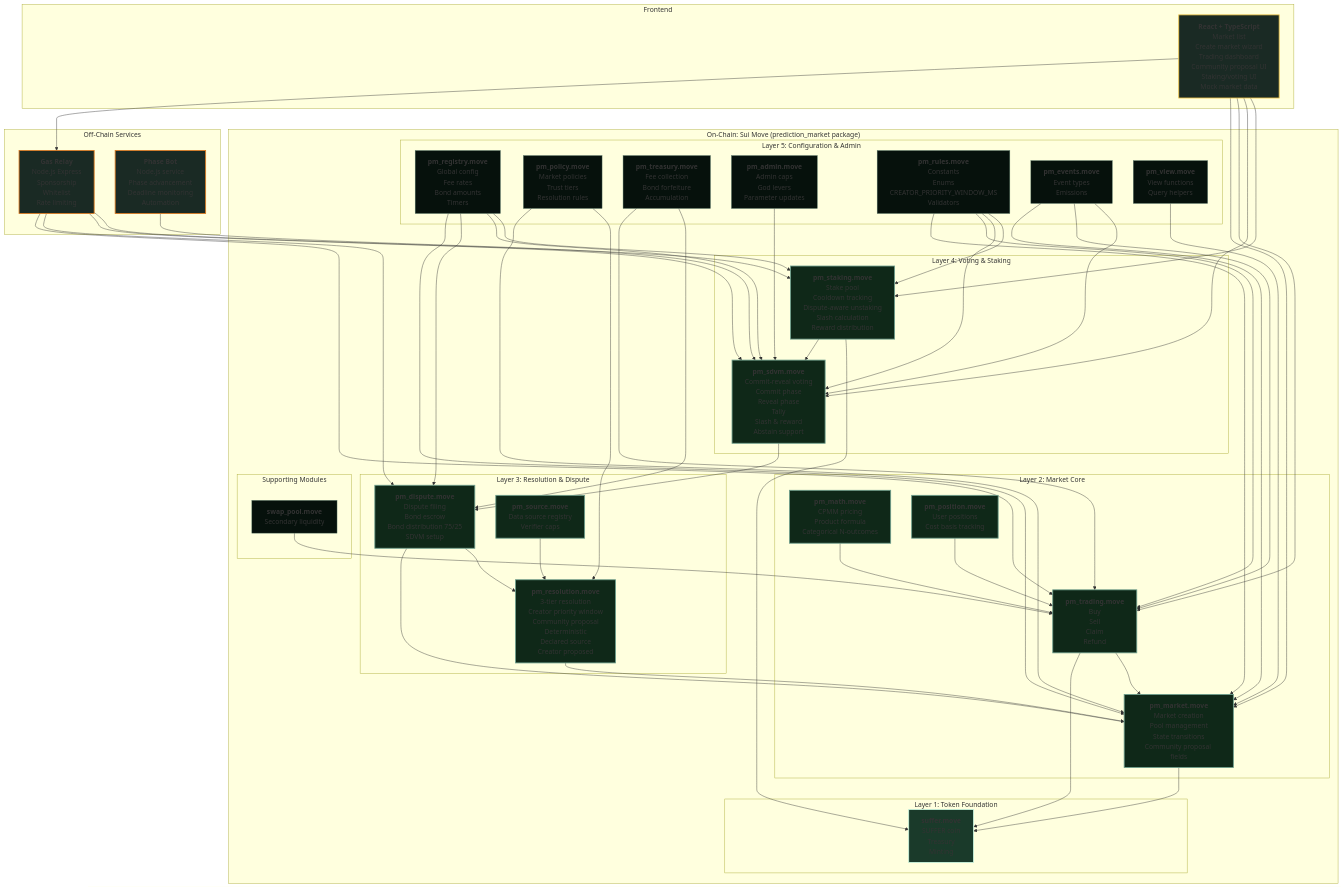
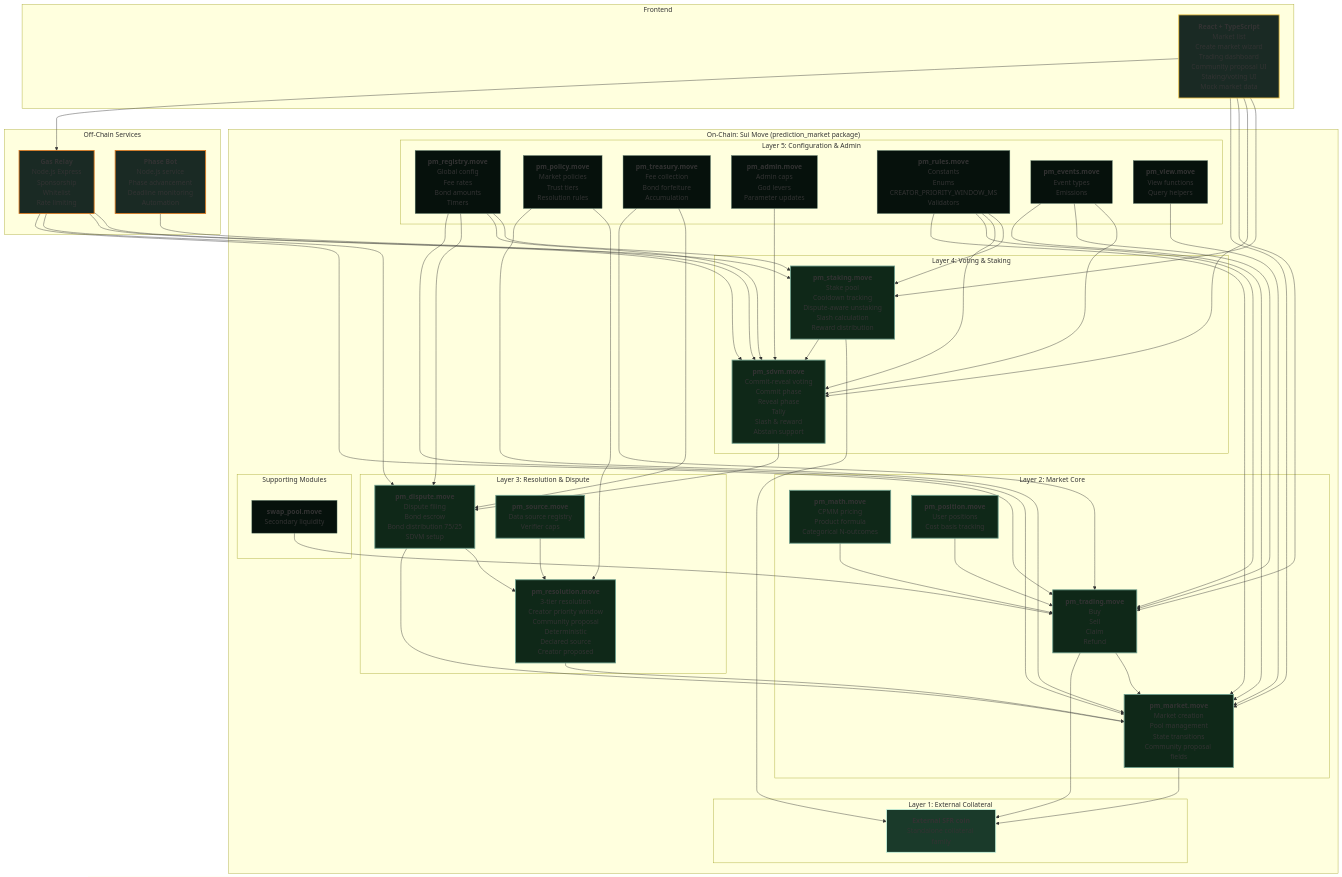
Before and after one commit to saemihemma/predictionmarket-OSS: the diagram in architecture.mermaid, drawn with Mermaid. The commit also changed 23 other files, not shown here.

```diff
--- a/architecture.mermaid
+++ b/architecture.mermaid
@@ -1,118 +1,118 @@
 graph TD
     subgraph "On-Chain: Sui Move (prediction_market package)"
-        subgraph "Layer 1: Token Foundation"
-            SUFFER["<b>suffer.move</b><br/>SUFFER coin<br/>Treasury<br/>Minting"]
+        subgraph "Layer 1: External Collateral"
+            SUFFER["<b>External SFR coin</b><br/>Standalone collateral family"]
         end
 
         subgraph "Layer 2: Market Core"
             PMMARKET["<b>pm_market.move</b><br/>Market creation<br/>Pool management<br/>State transitions<br/>Community proposal fields"]
             PMTRADING["<b>pm_trading.move</b><br/>Buy<br/>Sell<br/>Claim<br/>Refund"]
             PMMATH["<b>pm_math.move</b><br/>CPMM pricing<br/>Product formula<br/>Categorical N-outcomes"]
             PMPOSITION["<b>pm_position.move</b><br/>User positions<br/>Cost basis tracking"]
         end
 
         subgraph "Layer 3: Resolution & Dispute"
             PMRESOLUTION["<b>pm_resolution.move</b><br/>3-tier resolution<br/>Creator priority window<br/>Community proposal<br/>Deterministic<br/>Declared source<br/>Creator proposed"]
             PMDISPUTE["<b>pm_dispute.move</b><br/>Dispute filing<br/>Bond escrow<br/>Bond distribution 75/25<br/>SDVM setup"]
             PMSOURCE["<b>pm_source.move</b><br/>Data source registry<br/>Verifier caps"]
         end
 
         subgraph "Layer 4: Voting & Staking"
             PMSDVM["<b>pm_sdvm.move</b><br/>Commit-reveal voting<br/>Commit phase<br/>Reveal phase<br/>Tally<br/>Slash & reward<br/>Abstain support"]
             PMSTAKING["<b>pm_staking.move</b><br/>Stake pool<br/>Cooldown tracking<br/>Dispute-aware unstaking<br/>Slash calculation<br/>Reward distribution"]
         end
 
         subgraph "Layer 5: Configuration & Admin"
             PMREGISTRY["<b>pm_registry.move</b><br/>Global config<br/>Fee rates<br/>Bond amounts<br/>Timers"]
             PMPOLICY["<b>pm_policy.move</b><br/>Market policies<br/>Trust tiers<br/>Resolution rules"]
             PMTREASURY["<b>pm_treasury.move</b><br/>Fee collection<br/>Bond forfeiture<br/>Accumulation"]
             PMADMIN["<b>pm_admin.move</b><br/>Admin caps<br/>God levers<br/>Parameter updates"]
             PMRULES["<b>pm_rules.move</b><br/>Constants<br/>Enums<br/>CREATOR_PRIORITY_WINDOW_MS<br/>Validators"]
             PMEVENTS["<b>pm_events.move</b><br/>Event types<br/>Emissions"]
             PMVIEW["<b>pm_view.move</b><br/>View functions<br/>Query helpers"]
         end
 
         subgraph "Supporting Modules"
             SWAPPOOL["<b>swap_pool.move</b><br/>Secondary liquidity"]
         end
     end
 
     subgraph "Off-Chain Services"
         GASRELAY["<b>Gas Relay</b><br/>Node.js Express<br/>Sponsorship<br/>Whitelist<br/>Rate limiting"]
         PHASEBOT["<b>Phase Bot</b><br/>Node.js service<br/>Phase advancement<br/>Deadline monitoring<br/>Automation"]
     end
 
     subgraph "Frontend"
         REACT["<b>React + TypeScript</b><br/>Market list<br/>Create market wizard<br/>Trading dashboard<br/>Community proposal UI<br/>Staking/voting UI<br/>Mock market data"]
     end
 
     %% Layer 1 connections
     PMMARKET --> SUFFER
     PMTRADING --> SUFFER
     PMPOSITION --> PMTRADING
     PMMATH --> PMTRADING
     PMTRADING --> PMMARKET
 
     %% Layer 3 connections
     PMRESOLUTION --> PMMARKET
     PMDISPUTE --> PMMARKET
     PMDISPUTE --> PMRESOLUTION
     PMSOURCE --> PMRESOLUTION
 
     %% Layer 4 connections
     PMSDVM --> PMDISPUTE
     PMSTAKING --> PMSDVM
     PMSTAKING --> SUFFER
 
     %% Layer 5 connections
     PMREGISTRY --> PMMARKET
     PMREGISTRY --> PMDISPUTE
     PMREGISTRY --> PMSDVM
     PMREGISTRY --> PMSTAKING
     PMPOLICY --> PMMARKET
     PMPOLICY --> PMRESOLUTION
     PMTREASURY --> PMTRADING
     PMTREASURY --> PMDISPUTE
     PMADMIN --> PMSDVM
     PMRULES --> PMMARKET
     PMRULES --> PMTRADING
     PMRULES --> PMSDVM
     PMRULES --> PMSTAKING
     PMEVENTS --> PMMARKET
     PMEVENTS --> PMTRADING
     PMEVENTS --> PMSDVM
     PMVIEW --> PMMARKET
 
     %% Supporting modules
     SWAPPOOL --> PMTRADING
 
     %% Off-chain to on-chain
     GASRELAY --> PMTRADING
     GASRELAY --> PMDISPUTE
     GASRELAY --> PMSDVM
     GASRELAY --> PMSTAKING
     PHASEBOT --> PMSDVM
 
     %% Frontend to off-chain & on-chain
     REACT --> GASRELAY
     REACT --> PMMARKET
     REACT --> PMTRADING
     REACT --> PMSDVM
     REACT --> PMSTAKING
 
     %% Styling
     classDef layer1 fill:#1a3a2a,stroke:#caf5de,stroke-width:2px
     classDef layer2 fill:#0f2818,stroke:#6e9f8d,stroke-width:2px
     classDef layer3 fill:#0f2818,stroke:#6e9f8d,stroke-width:2px
     classDef layer4 fill:#0f2818,stroke:#6e9f8d,stroke-width:2px
     classDef layer5 fill:#06110c,stroke:#5a7a6a,stroke-width:1px
     classDef offchain fill:#1a2a24,stroke:#dd7a1f,stroke-width:2px
     classDef frontend fill:#1a2a24,stroke:#f2c94c,stroke-width:2px
 
     class SUFFER layer1
     class PMMARKET,PMTRADING,PMMATH,PMPOSITION layer2
     class PMRESOLUTION,PMDISPUTE,PMSOURCE layer3
     class PMSDVM,PMSTAKING layer4
     class PMREGISTRY,PMPOLICY,PMTREASURY,PMADMIN,PMRULES,PMEVENTS,PMVIEW,SWAPPOOL layer5
     class GASRELAY,PHASEBOT offchain
     class REACT frontend
```
